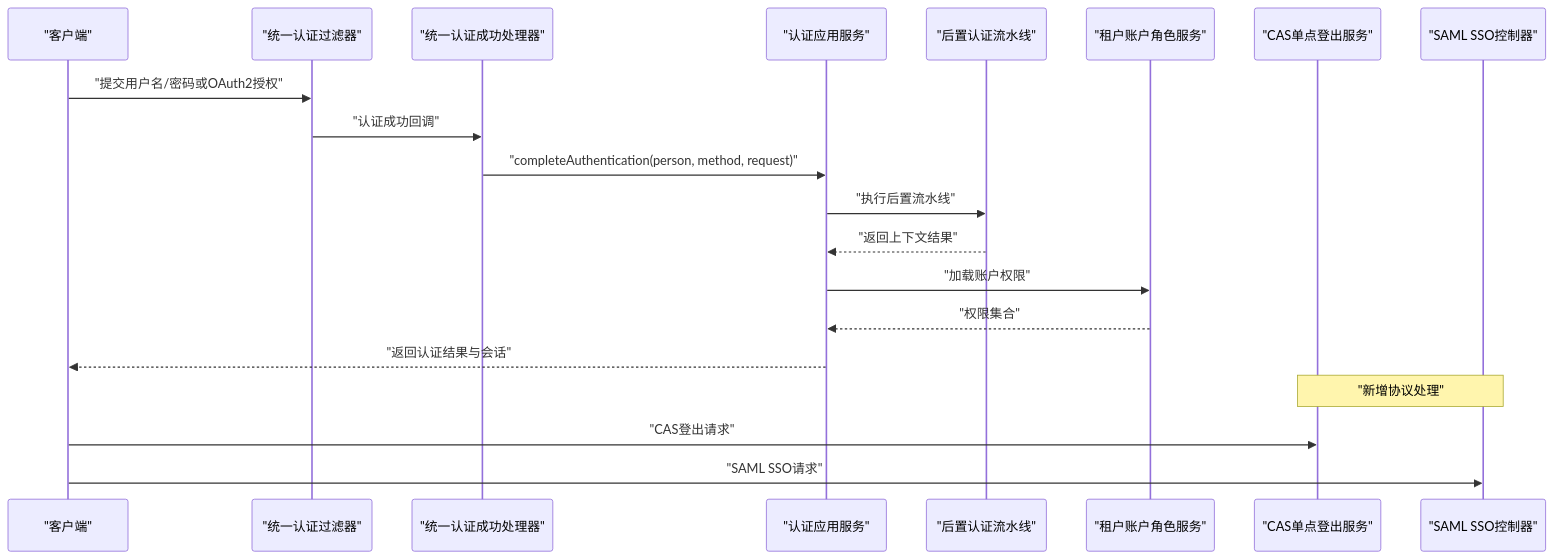
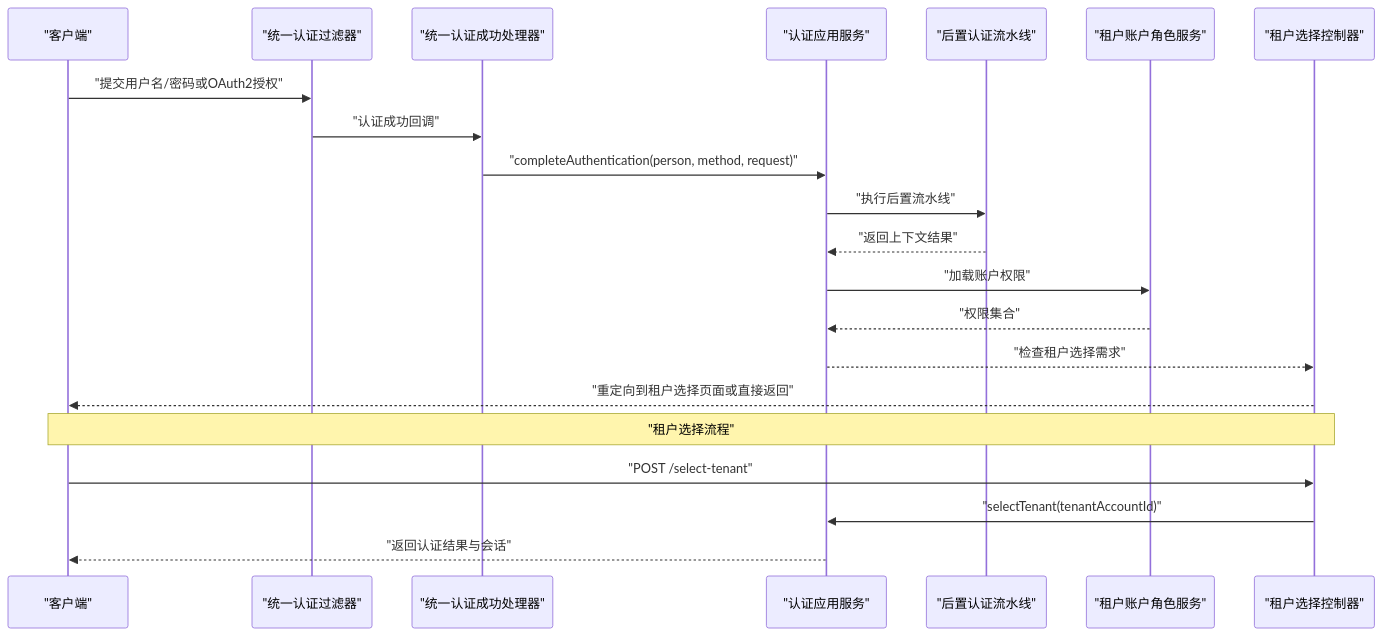
The second of 16 diagrams in .qoder/repowiki/zh/content/项目概述/项目结构/认证服务器 (iam-auth-server)/认证应用服务.md (fq0121104930716/iam-platform), drawn with Mermaid before and after one commit. The commit also changed other lines of this file and 13 other files, not shown here.

````diff
--- a/.qoder/repowiki/zh/content/项目概述/项目结构/认证服务器 (iam-auth-server)/认证应用服务.md
+++ b/.qoder/repowiki/zh/content/项目概述/项目结构/认证服务器 (iam-auth-server)/认证应用服务.md
@@ -163,22 +156,23 @@
 ```mermaid
 sequenceDiagram
 participant C as "客户端"
 participant F as "统一认证过滤器"
 participant U as "统一认证成功处理器"
 participant A as "认证应用服务"
 participant P as "后置认证流水线"
 participant R as "租户账户角色服务"
-participant CS as "CAS单点登出服务"
-participant SC as "SAML SSO控制器"
+participant TS as "租户选择控制器"
 C->>F : "提交用户名/密码或OAuth2授权"
 F->>U : "认证成功回调"
 U->>A : "completeAuthentication(person, method, request)"
 A->>P : "执行后置流水线"
 P-->>A : "返回上下文结果"
 A->>R : "加载账户权限"
 R-->>A : "权限集合"
+A-->>TS : "检查租户选择需求"
+TS-->>C : "重定向到租户选择页面或直接返回"
+Note over TS,C : "租户选择流程"
+C->>TS : "POST /select-tenant"
+TS->>A : "selectTenant(tenantAccountId)"
 A-->>C : "返回认证结果与会话"
-Note over CS,SC : "新增协议处理"
-C->>CS : "CAS登出请求"
-C->>SC : "SAML SSO请求"
 ```
````
